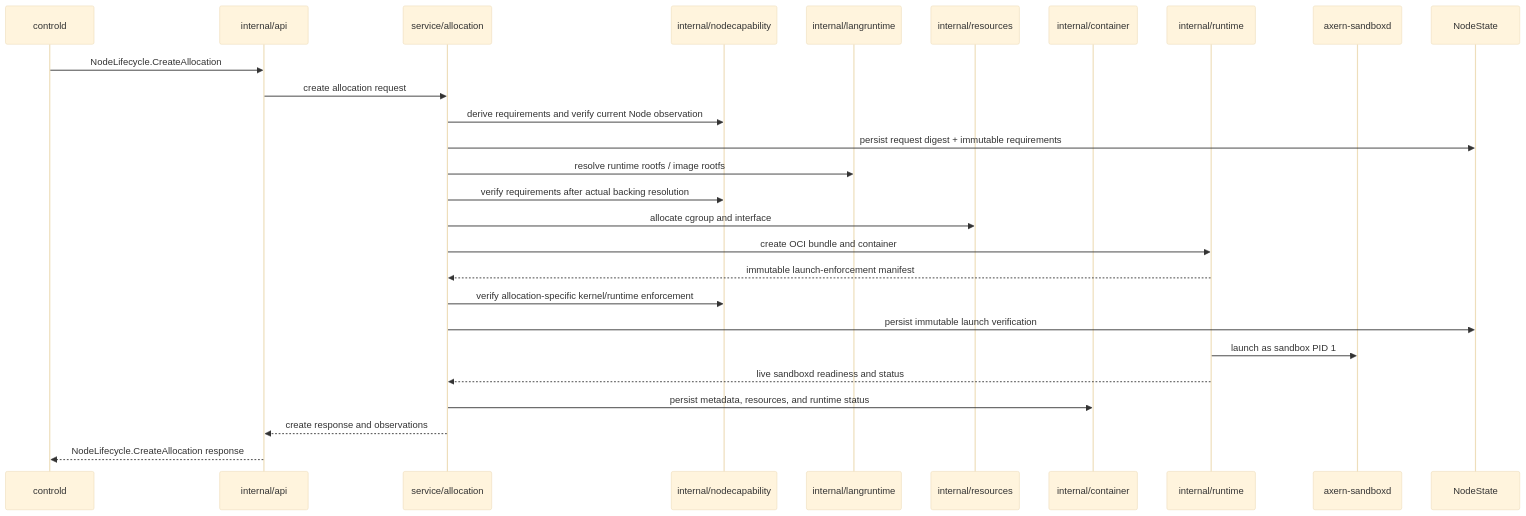
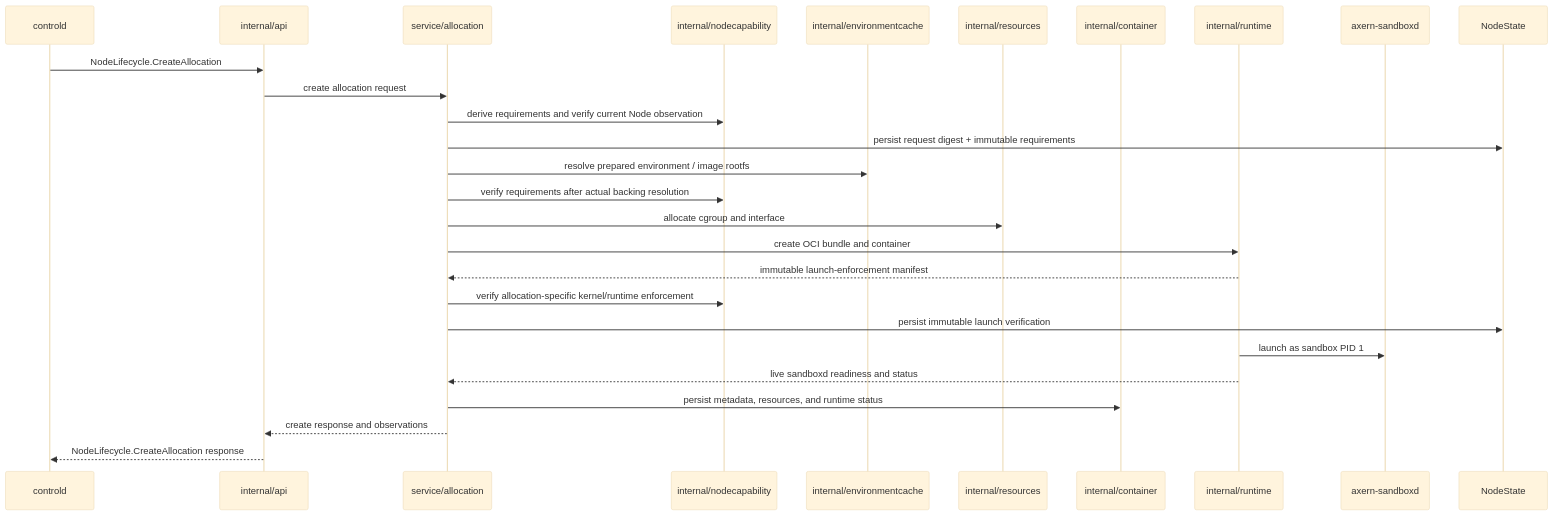
Before and after one commit to cofy-x/axern: the second of 3 diagrams in runtime/axnoded/docs/architecture.md, drawn with Mermaid (base theme). The commit also changed other lines of this file and 424 other files, not shown here.

````diff
--- a/runtime/axnoded/docs/architecture.md
+++ b/runtime/axnoded/docs/architecture.md
@@ -72,29 +72,29 @@
 ```mermaid
 sequenceDiagram
     participant Control as controld
     participant API as internal/api
     participant Start as service/allocation
     participant Capability as internal/nodecapability
-    participant LangRT as internal/langruntime
+    participant EnvironmentCache as internal/environmentcache
     participant Resources as internal/resources
     participant Container as internal/container
     participant Runtime as internal/runtime
     participant Sandboxd as axern-sandboxd
 
     Control->>API: NodeLifecycle.CreateAllocation
     API->>Start: create allocation request
     Start->>Capability: derive requirements and verify current Node observation
     Start->>NodeState: persist request digest + immutable requirements
-    Start->>LangRT: resolve runtime rootfs / image rootfs
+    Start->>EnvironmentCache: resolve prepared environment / image rootfs
     Start->>Capability: verify requirements after actual backing resolution
     Start->>Resources: allocate cgroup and interface
     Start->>Runtime: create OCI bundle and container
     Runtime-->>Start: immutable launch-enforcement manifest
     Start->>Capability: verify allocation-specific kernel/runtime enforcement
     Start->>NodeState: persist immutable launch verification
     Runtime->>Sandboxd: launch as sandbox PID 1
     Runtime-->>Start: live sandboxd readiness and status
     Start->>Container: persist metadata, resources, and runtime status
     Start-->>API: create response and observations
     API-->>Control: NodeLifecycle.CreateAllocation response
 ```
````
